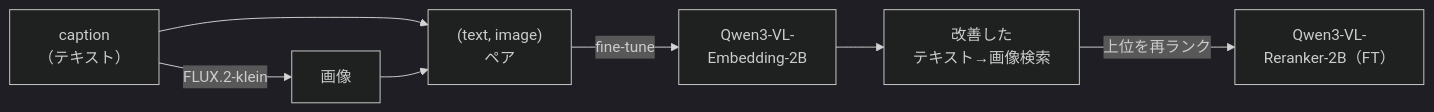
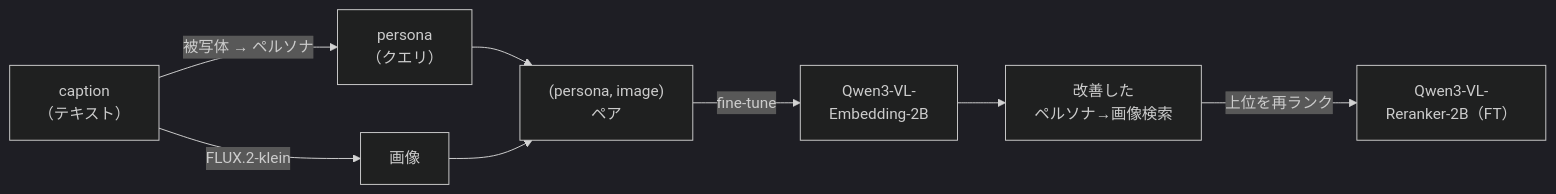
The diagram in README.ja.md (u-masao/qwen3-vl-demo), drawn with Mermaid (dark theme) before and after one commit. The commit also changed other lines of this file and 7 other files, not shown here.

````diff
--- a/README.ja.md
+++ b/README.ja.md
@@ -13,9 +13,10 @@
 ```mermaid
 flowchart LR
     C["caption<br/>（テキスト）"] -->|FLUX.2-klein| I["画像"]
-    C --> P["(text, image)<br/>ペア"]
+    C -->|被写体 → ペルソナ| Q["persona<br/>（クエリ）"]
+    Q --> P["(persona, image)<br/>ペア"]
     I --> P
     P -->|fine-tune| E["Qwen3-VL-<br/>Embedding-2B"]
-    E --> R["改善した<br/>テキスト→画像検索"]
+    E --> R["改善した<br/>ペルソナ→画像検索"]
     R -->|上位を再ランク| RR["Qwen3-VL-<br/>Reranker-2B（FT）"]
 ```
````
